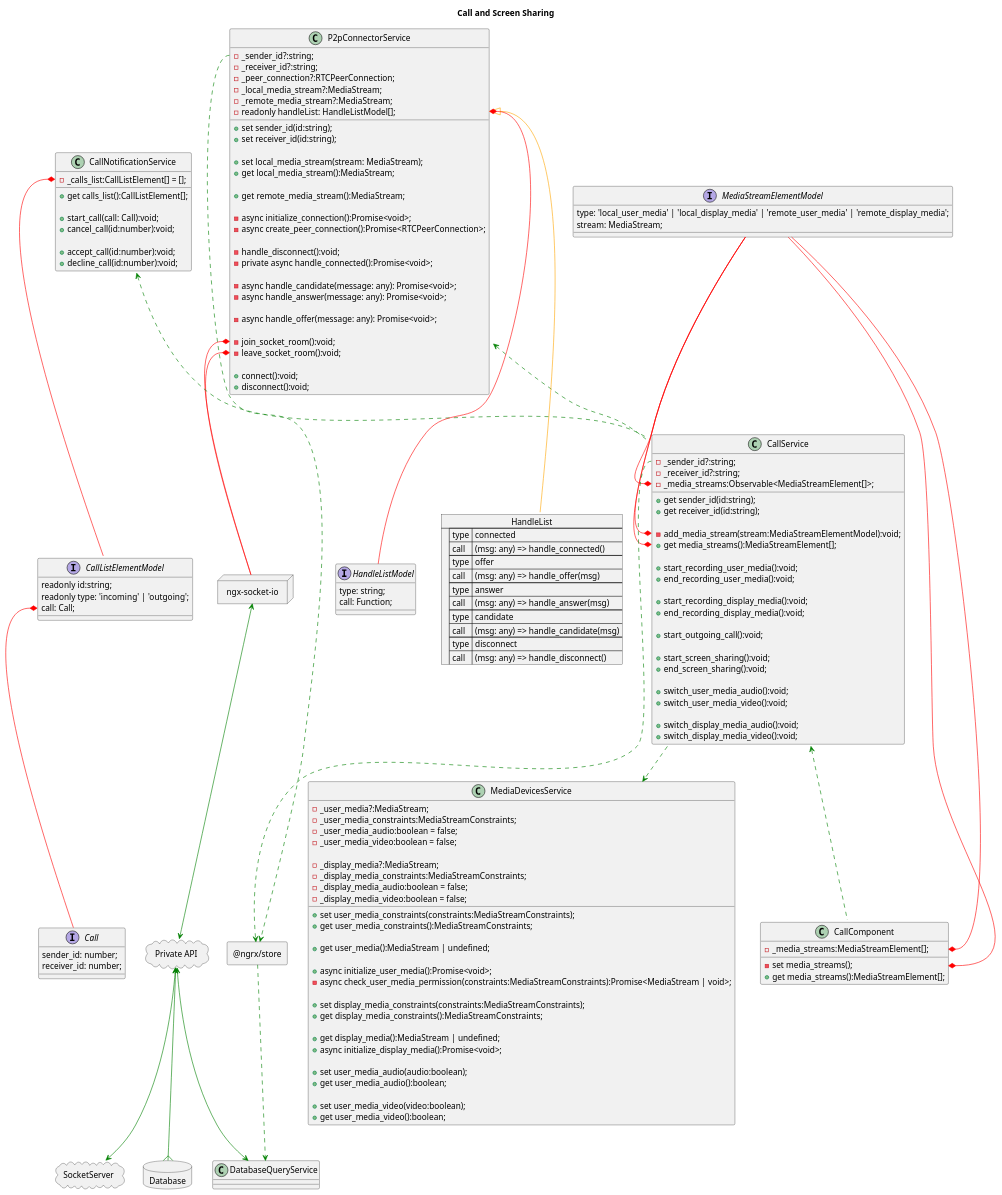
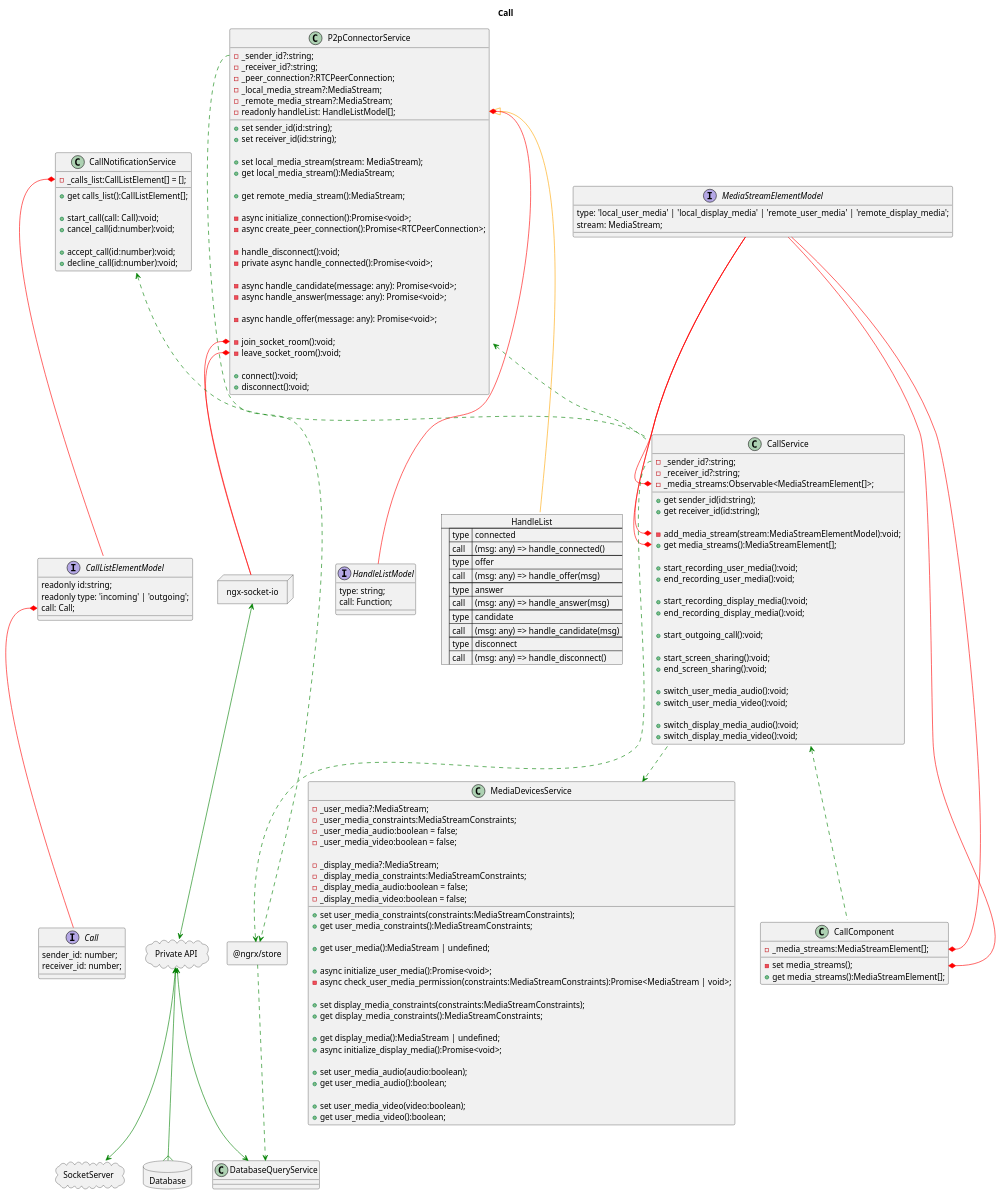
One commit to historydev/youneed changed the diagram in src/app/architecture/call.puml. Above: the diagram before and after it, drawn with PlantUML. The commit also changed 46 other files, not shown here.

```diff
--- a/src/app/architecture/call.puml
+++ b/src/app/architecture/call.puml
@@ -1,5 +1,5 @@
 @startuml
-title Call and Screen Sharing
+title Call
 together {
 
 	package "ngx-socket-io" <<Node>> {
@@ -210,8 +210,5 @@
 	P2pConnectorService::HandleList *-[#red]- HandleListModel
 
 }
-'
-'package Expert <<Rectangle>> {
-'}
 
 @enduml
```
